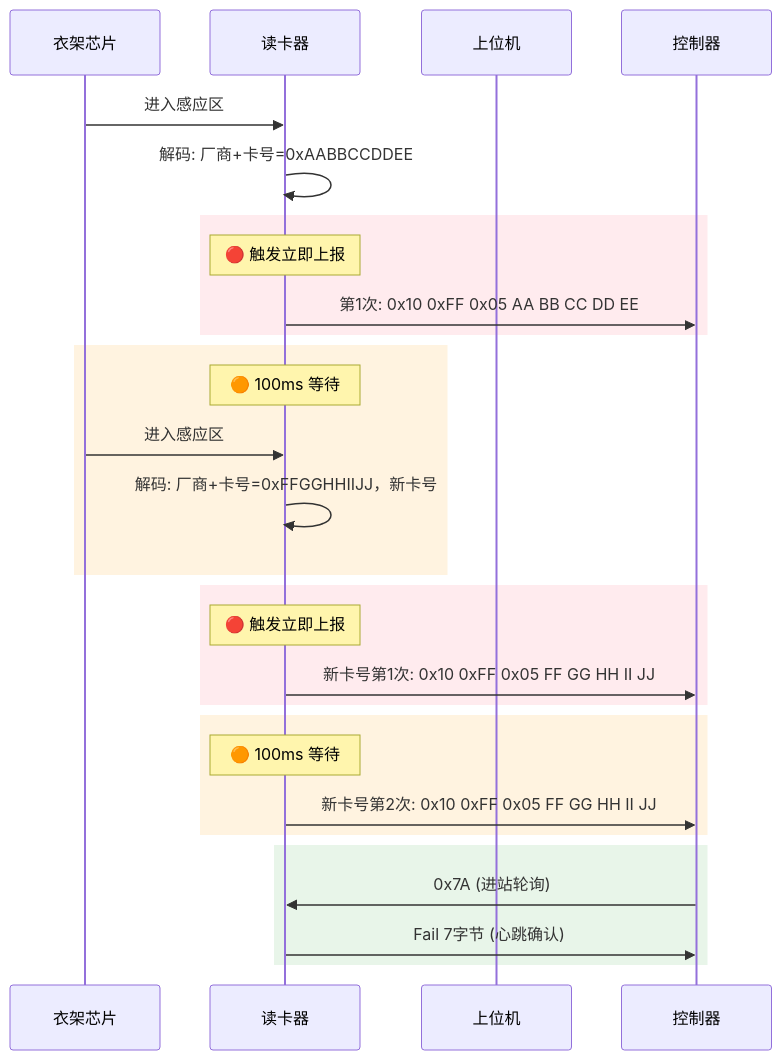
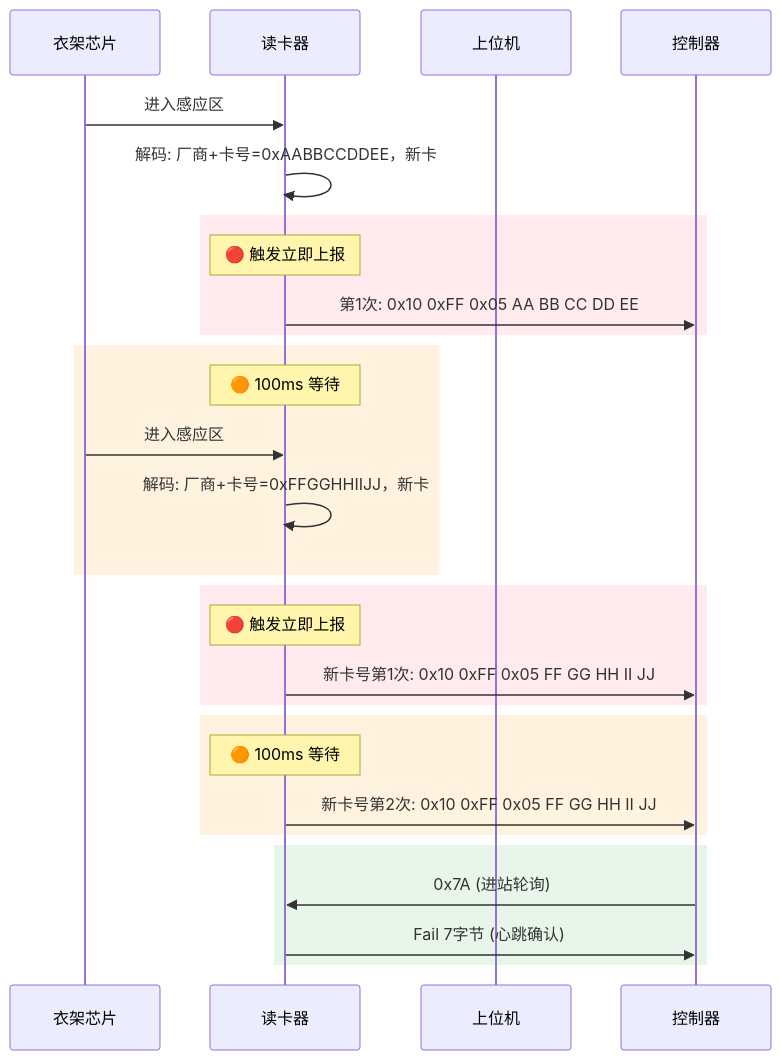
The second of 3 diagrams in 工作/[[SR3读卡器]]/260804SR3新框架整理.md (Siaiai/ObsidianNote), drawn with Mermaid before and after one commit. The commit also changed other lines of this file and 3 other files, not shown here.

````diff
--- a/工作/[[SR3读卡器]]/260804SR3新框架整理.md
+++ b/工作/[[SR3读卡器]]/260804SR3新框架整理.md
@@ -97,32 +100,32 @@
 ```mermaid
 sequenceDiagram
     participant 衣架芯片
     participant 读卡器
     participant 上位机
 
     衣架芯片->>读卡器: 进入感应区
-    读卡器->>读卡器: 解码: 厂商+卡号=0xAABBCCDDEE
+    读卡器->>读卡器: 解码: 厂商+卡号=0xAABBCCDDEE，新卡
 
     rect rgb(255, 235, 238)
         Note over 读卡器: 🔴 触发立即上报
         读卡器->>控制器: 第1次: 0x10 0xFF 0x05 AA BB CC DD EE
     end
 
     rect rgb(255, 243, 224)
         Note over 读卡器: 🟠 100ms 等待
         衣架芯片->>读卡器: 进入感应区
-	    读卡器->>读卡器: 解码: 厂商+卡号=0xFFGGHHIIJJ，新卡号
+	    读卡器->>读卡器: 解码: 厂商+卡号=0xFFGGHHIIJJ，新卡
     end
     rect rgb(255, 235, 238)
         Note over 读卡器: 🔴 触发立即上报
         读卡器->>控制器: 新卡号第1次: 0x10 0xFF 0x05 FF GG HH II JJ
     end
     rect rgb(255, 243, 224)
         Note over 读卡器: 🟠 100ms 等待
         读卡器->>控制器: 新卡号第2次:  0x10 0xFF 0x05 FF GG HH II JJ
     end
     rect rgb(232, 245, 233)
         控制器->>读卡器: 0x7A (进站轮询)
         读卡器->>控制器: Fail 7字节 (心跳确认)
     end
 ```
````
